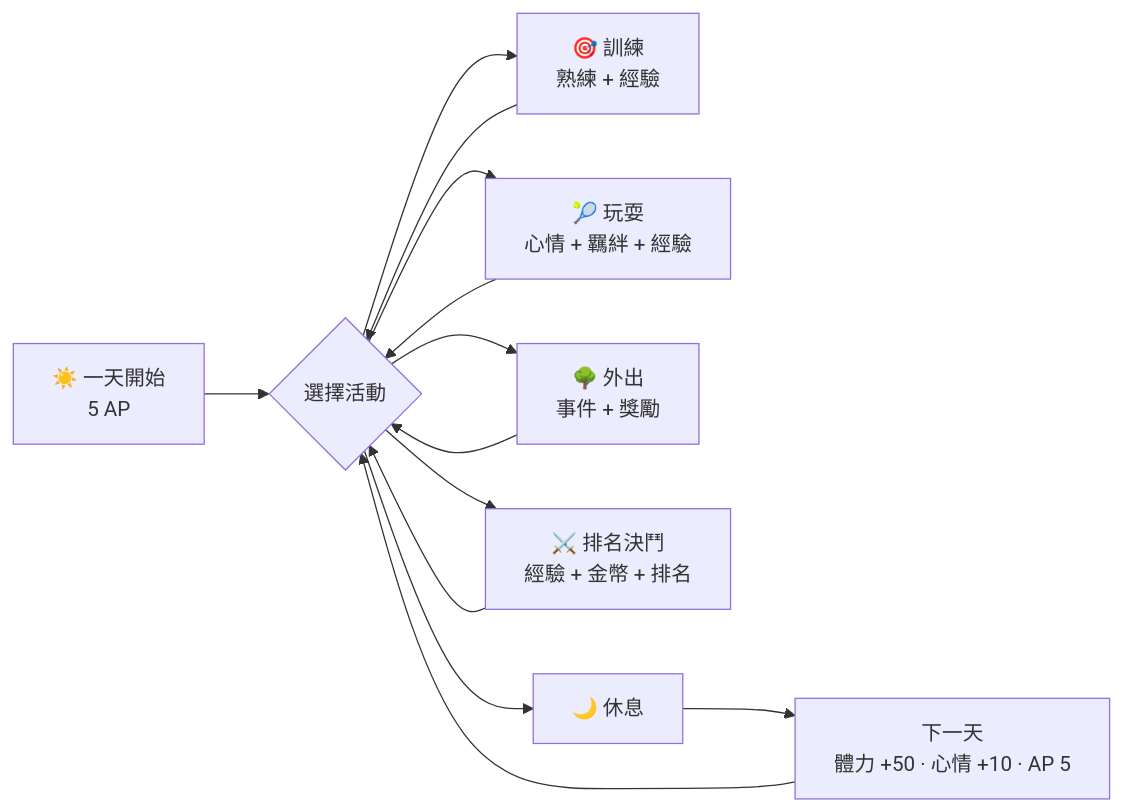
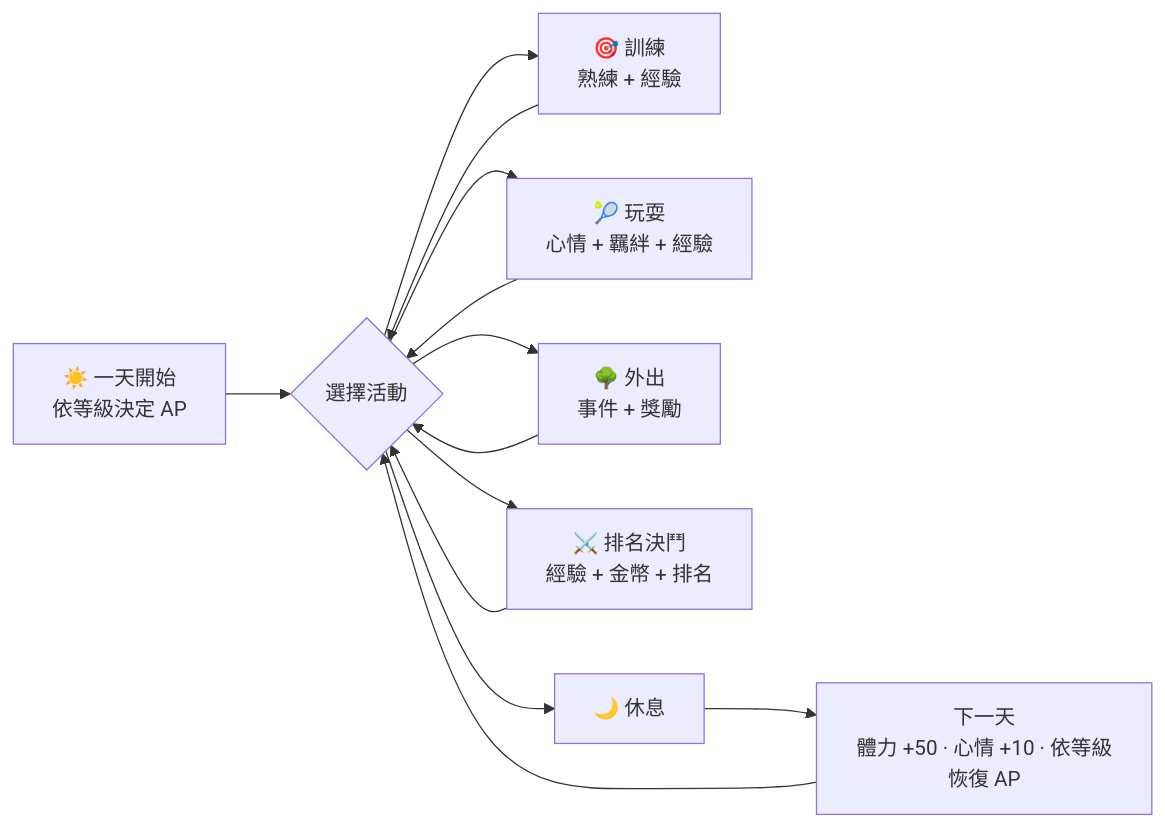
One commit to weipan84578/Games_Workshop changed the fifth of 6 diagrams in Pet_Simulation_Game/README.md. Above: the diagram before and after it, drawn with Mermaid. The commit also changed other lines of this file and 38 other files, not shown here.

````diff
--- a/Pet_Simulation_Game/README.md
+++ b/Pet_Simulation_Game/README.md
@@ -612,15 +629,15 @@
 ```mermaid
 flowchart LR
-    Start[☀️ 一天開始<br>5 AP] --> Choose{選擇活動}
+    Start[☀️ 一天開始<br>依等級決定 AP] --> Choose{選擇活動}
     Choose --> Train[🎯 訓練<br>熟練 + 經驗]
     Choose --> Play[🎾 玩耍<br>心情 + 羈絆 + 經驗]
     Choose --> Outing[🌳 外出<br>事件 + 獎勵]
     Choose --> Duel[⚔️ 排名決鬥<br>經驗 + 金幣 + 排名]
     Train --> Choose
     Play --> Choose
     Outing --> Choose
     Duel --> Choose
     Choose --> Rest[🌙 休息]
-    Rest --> Next[下一天<br>體力 +50 · 心情 +10 · AP 5]
+    Rest --> Next[下一天<br>體力 +50 · 心情 +10 · 依等級恢復 AP]
     Next --> Choose
 ```
````
